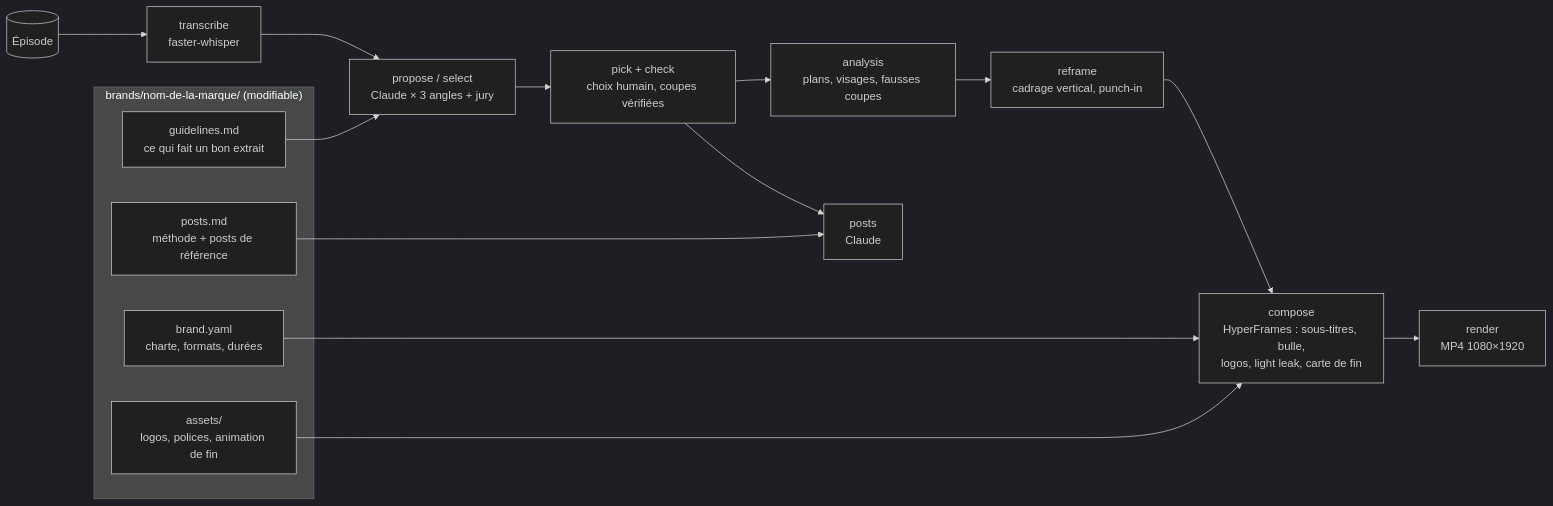
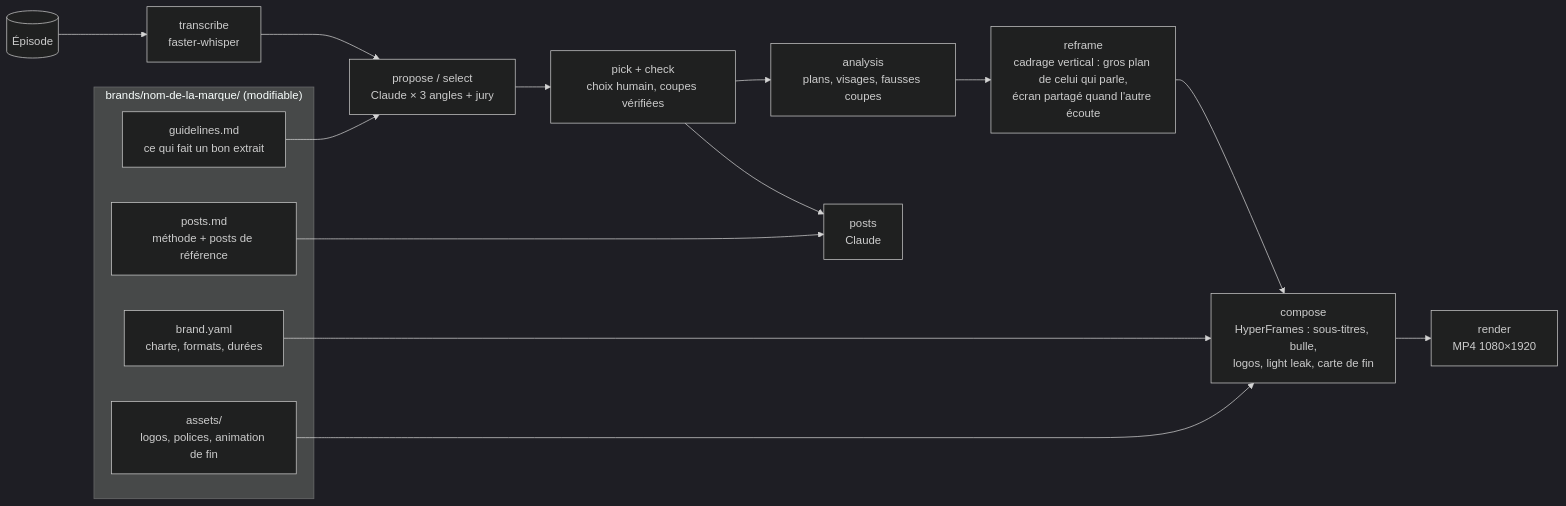
The second of 2 diagrams in docs/FRAMEWORK.md (arthurw31/podcast-clipper), drawn with Mermaid (dark theme) before and after one commit. The commit also changed other lines of this file and 2 other files, not shown here.

````diff
--- a/docs/FRAMEWORK.md
+++ b/docs/FRAMEWORK.md
@@ -57,21 +59,21 @@
 ```mermaid
 flowchart LR
     subgraph Marque["brands/nom-de-la-marque/ (modifiable)"]
         BY["brand.yaml<br/>charte, formats, durées"]
         GL["guidelines.md<br/>ce qui fait un bon extrait"]
         PM["posts.md<br/>méthode + posts de référence"]
         AS["assets/<br/>logos, polices, animation de fin"]
     end
     EP[("Épisode")] --> T["transcribe<br/>faster-whisper"]
     T --> S["propose / select<br/>Claude × 3 angles + jury"]
     GL --> S
     S --> P["pick + check<br/>choix humain, coupes vérifiées"]
     P --> AN["analysis<br/>plans, visages, fausses coupes"]
-    AN --> RF["reframe<br/>cadrage vertical, punch-in"]
+    AN --> RF["reframe<br/>cadrage vertical : gros plan de celui qui parle,<br/>écran partagé quand l'autre écoute"]
     RF --> CO["compose<br/>HyperFrames : sous-titres, bulle,<br/>logos, light leak, carte de fin"]
     BY --> CO
     AS --> CO
     CO --> R["render<br/>MP4 1080×1920"]
     P --> PO["posts<br/>Claude"]
     PM --> PO
 ```
````
